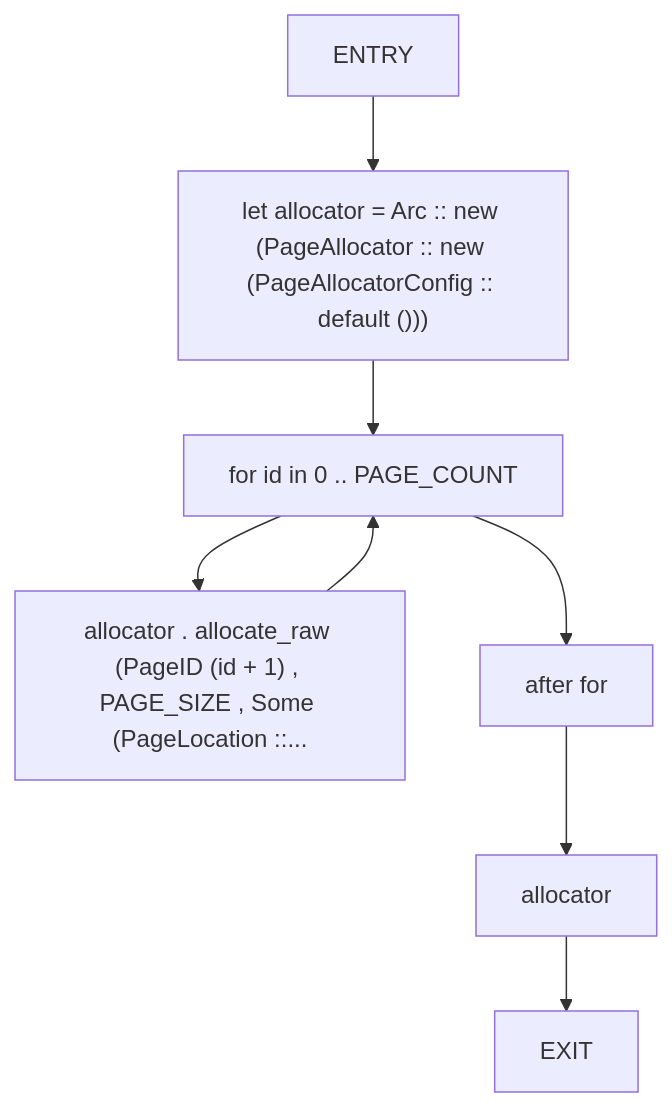
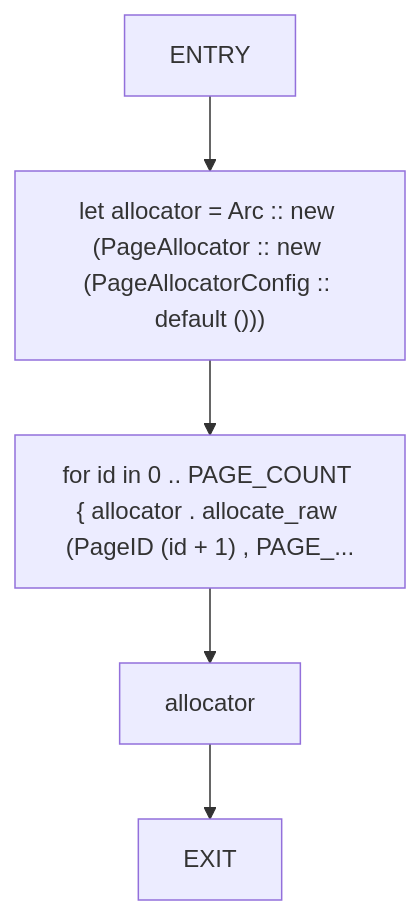
One commit to cicero-violate/MMSB changed diagram 21 of 52 in docs/analysis/cfg/100-tests.md. Above: the diagram before and after it, drawn with Mermaid. The commit also changed other lines of this file and 865 other files, not shown here.

````diff
--- a/docs/analysis/cfg/100-tests.md
+++ b/docs/analysis/cfg/100-tests.md
@@ -621,17 +512,12 @@
 ```mermaid
 flowchart TD
     prepare_allocator_0["ENTRY"]
     prepare_allocator_1["let allocator = Arc :: new (PageAllocator :: new (PageAllocatorConfig :: default ()))"]
-    prepare_allocator_2["for id in 0 .. PAGE_COUNT"]
-    prepare_allocator_3["allocator . allocate_raw (PageID (id + 1) , PAGE_SIZE , Some (PageLocation ::..."]
-    prepare_allocator_4["after for"]
-    prepare_allocator_5["allocator"]
-    prepare_allocator_6["EXIT"]
+    prepare_allocator_2["for id in 0 .. PAGE_COUNT { allocator . allocate_raw (PageID (id + 1) , PAGE_..."]
+    prepare_allocator_3["allocator"]
+    prepare_allocator_4["EXIT"]
     prepare_allocator_0 --> prepare_allocator_1
     prepare_allocator_1 --> prepare_allocator_2
     prepare_allocator_2 --> prepare_allocator_3
-    prepare_allocator_3 --> prepare_allocator_2
-    prepare_allocator_2 --> prepare_allocator_4
-    prepare_allocator_4 --> prepare_allocator_5
-    prepare_allocator_5 --> prepare_allocator_6
+    prepare_allocator_3 --> prepare_allocator_4
 ```
````
